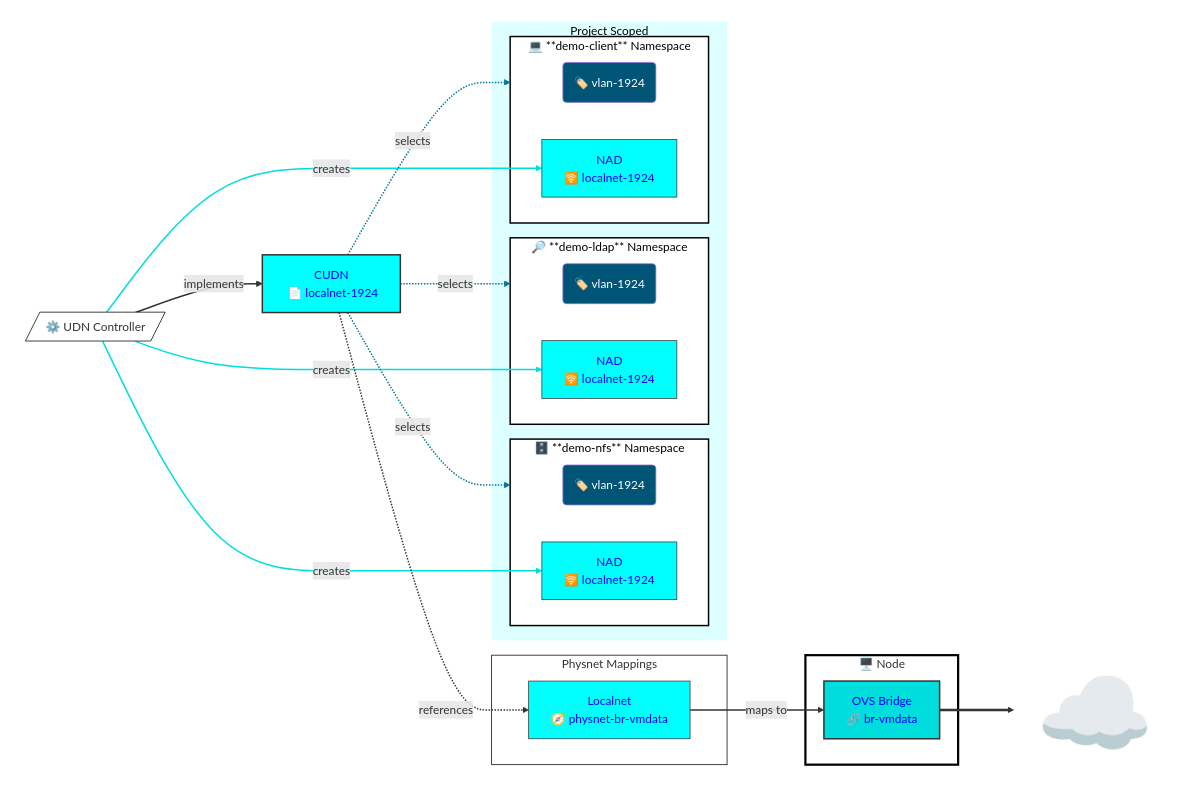
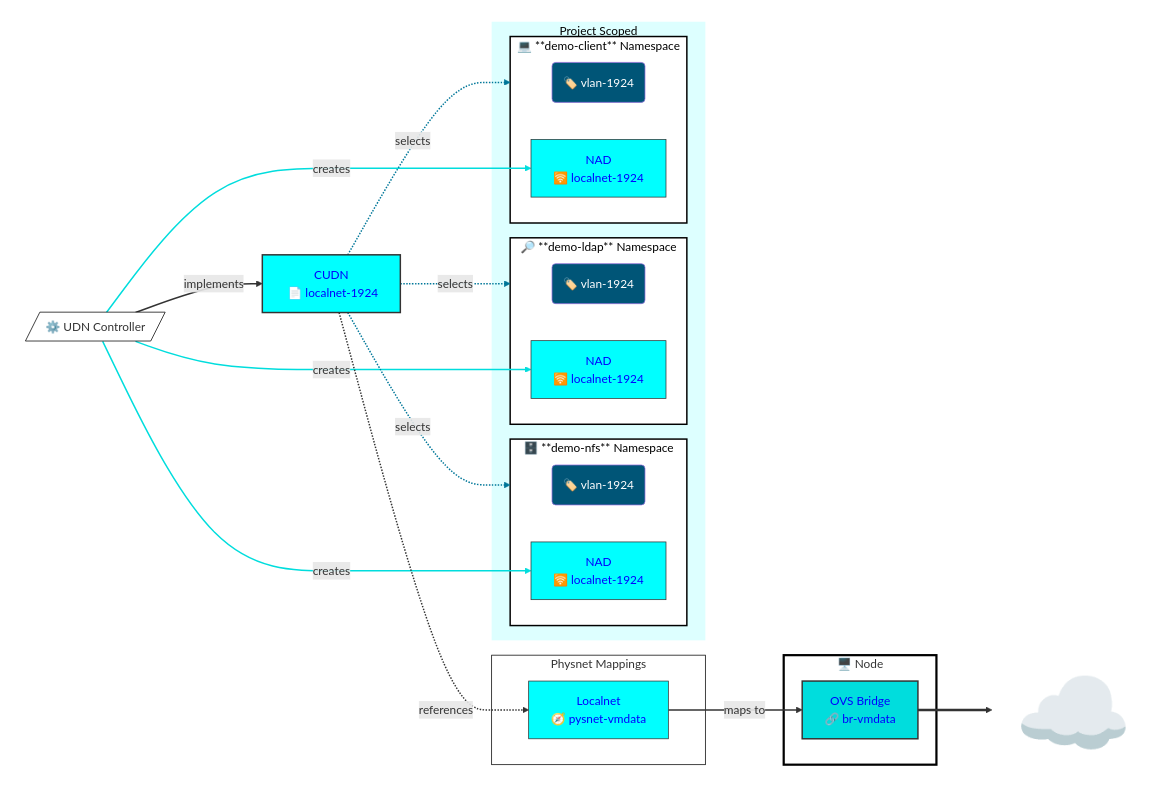
The third of 4 diagrams in networking/readme.md (dlbewley/demo-autofs), drawn with Mermaid before and after one commit. The commit also changed other lines of this file and 10 other files, not shown here.

Commit message:
Update physical network references from 'physnet-br-vmdata' to 'physnet-vmdata' across localnet components and documentation. Add test mappings for localnet-1926-dhcp.

````diff
--- a/networking/readme.md
+++ b/networking/readme.md
@@ -139,75 +143,75 @@
 ```mermaid
 graph LR;
     subgraph Cluster[" "]
       udn-localnet-1924["CUDN<br>️ 📄 localnet-1924"]:::udn-localnet-1924
       udn-controller[/"⚙️ UDN Controller"/]
 
       subgraph Localnets["Physnet Mappings"]
-        physnet[Localnet<br> 🧭 physnet-br-vmdata]:::nad-1924;
+        physnet[Localnet<br> 🧭 pysnet-vmdata]:::nad-1924;
       end
 
       subgraph Project["Project Scoped"]
         subgraph ns-nfs["🗄️ **demo-nfs** Namespace"]
           label-nfs("🏷️ vlan-1924"):::labels;
           nad-1924-nfs[NAD<br> 🛜 localnet-1924];
         end
 
         subgraph ns-ldap["🔎 **demo-ldap** Namespace"]
           label-ldap("🏷️ vlan-1924"):::labels;
           nad-1924-ldap[NAD<br> 🛜 localnet-1924]:::nad-1924;
         end
 
         subgraph ns-client["💻 **demo-client** Namespace"]
           label-client("🏷️ vlan-1924"):::labels;
           nad-1924-client[NAD<br> 🛜 localnet-1924]:::nad-1924;
         end
       end
       subgraph node1["🖥️ Node "]
         br-vmdata[ OVS Bridge<br> 🔗 br-vmdata]:::vlan-1924;
       end
     end
 
     udn-localnet-1924 -. selects .-> ns-client
     udn-localnet-1924 -. selects .-> ns-ldap
     udn-localnet-1924 -. selects .-> ns-nfs
 
     linkStyle 0,1,2 stroke:#007799,stroke-width:2px;
 
     udn-controller --creates--> nad-1924-nfs
     udn-controller --creates--> nad-1924-ldap
     udn-controller --creates--> nad-1924-client
 
     linkStyle 3,4,5 stroke:#00dddd,stroke-width:2px;
 
     udn-controller == implements ==> udn-localnet-1924
     udn-localnet-1924 -. references .-> physnet
     physnet -- maps to --> br-vmdata
 
     linkStyle 6,7,8 stroke-width:2px;
 
     Internet["☁️ "]:::Internet
     br-vmdata ==> Internet
 
     classDef node-eth fill:#00dddd,color:#00f,stroke:#333,stroke-width:2px;
 
     classDef vlan-1924 fill:#00dddd,color:#00f,stroke:#333,stroke-width:2px;
     classDef udn-localnet-1924 fill:#00ffff,color:#00f,stroke:#333,stroke-width:2px;
 
     classDef labels stroke-width:1px,color:#fff,fill:#005577;
     classDef networks fill:#cdd,stroke-width:0px;
 
     style udn-controller fill:#fff,stroke:#000,stroke-width:1px;
     style node1 fill:#fff,stroke:#000,stroke-width:3px;
     style Localnets fill:#fff,stroke:#000,stroke-width:1px;
     style Cluster color:#000,fill:#fff,stroke:#333,stroke-width:0px;
     style Project color:#000,fill:#dff,stroke:#333,stroke-width:0px
     style Internet fill:none,stroke-width:0px,font-size:+2em;
 
     classDef nodes stroke-width:3px;
     class node1,node2,node3 nodes;
     classDef namespace color:#000,fill:#fff,stroke:#000,stroke-width:2px;
     class ns-nfs,ns-client,ns-ldap namespace;
 
     classDef nad-1924 fill:#00ffff,color:#00f,stroke:#333,stroke-width:1px;
     class nad-1924-client,nad-1924-ldap,nad-1924-nfs nad-1924;
 ```
````
